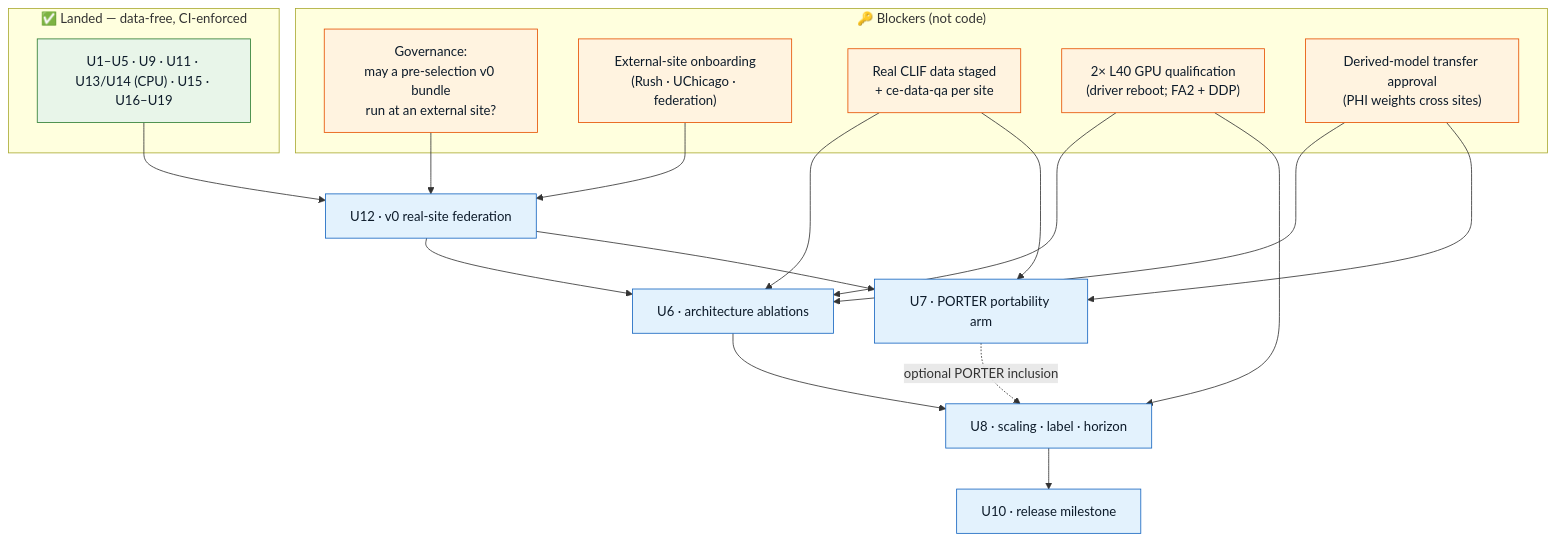
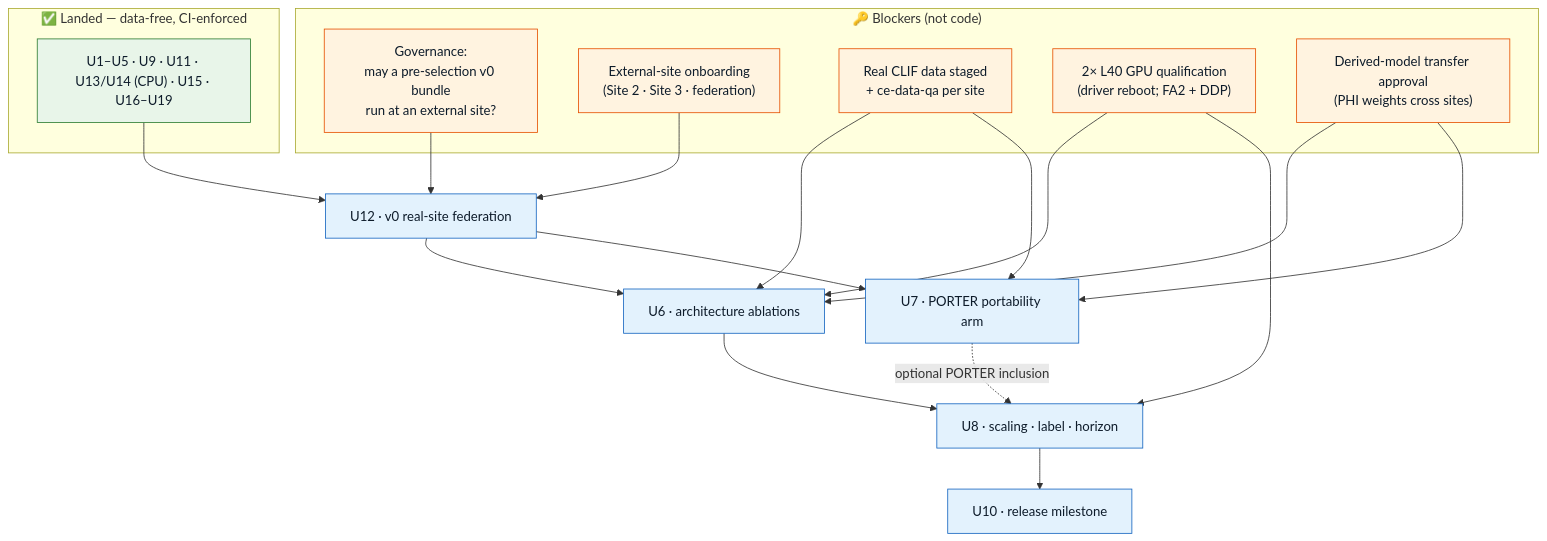
Before and after one commit to sajor2000/clifatron2.0: the first of 2 diagrams in website/docs/project-status.md, drawn with Mermaid. The commit also changed other lines of this file and 7 other files, not shown here.

````diff
--- a/website/docs/project-status.md
+++ b/website/docs/project-status.md
@@ -42,39 +42,39 @@
 ```mermaid
 flowchart TB
     subgraph DONE["✅ Landed — data-free, CI-enforced"]
         L["U1–U5 · U9 · U11 · U13/U14 (CPU) · U15 · U16–U19"]
     end
 
     subgraph GATES["🔑 Blockers (not code)"]
         G1["Governance:<br/>may a pre-selection v0 bundle<br/>run at an external site?"]
-        G2["External-site onboarding<br/>(Rush · UChicago · federation)"]
+        G2["External-site onboarding<br/>(Site 2 · Site 3 · federation)"]
         G3["Real CLIF data staged<br/>+ ce-data-qa per site"]
         G4["2× L40 GPU qualification<br/>(driver reboot; FA2 + DDP)"]
         G5["Derived-model transfer approval<br/>(PHI weights cross sites)"]
     end
 
     L --> U12["U12 · v0 real-site federation"]
     G1 --> U12
     G2 --> U12
 
     U12 --> U6["U6 · architecture ablations"]
     U12 --> U7["U7 · PORTER portability arm"]
     G3 --> U6
     G4 --> U6
     G5 --> U6
     G3 --> U7
     G5 --> U7
 
     U6 --> U8["U8 · scaling · label · horizon"]
     U7 -. optional PORTER inclusion .-> U8
     G4 --> U8
 
     U8 --> U10["U10 · release milestone"]
 
     classDef done fill:#e8f5e9,stroke:#2e7d32,color:#0d1b2a;
     classDef gate fill:#fff3e0,stroke:#e65100,color:#0d1b2a;
     classDef work fill:#e3f2fd,stroke:#1565c0,color:#0d1b2a;
     class L done;
     class G1,G2,G3,G4,G5 gate;
     class U12,U6,U7,U8,U10 work;
 ```
````
